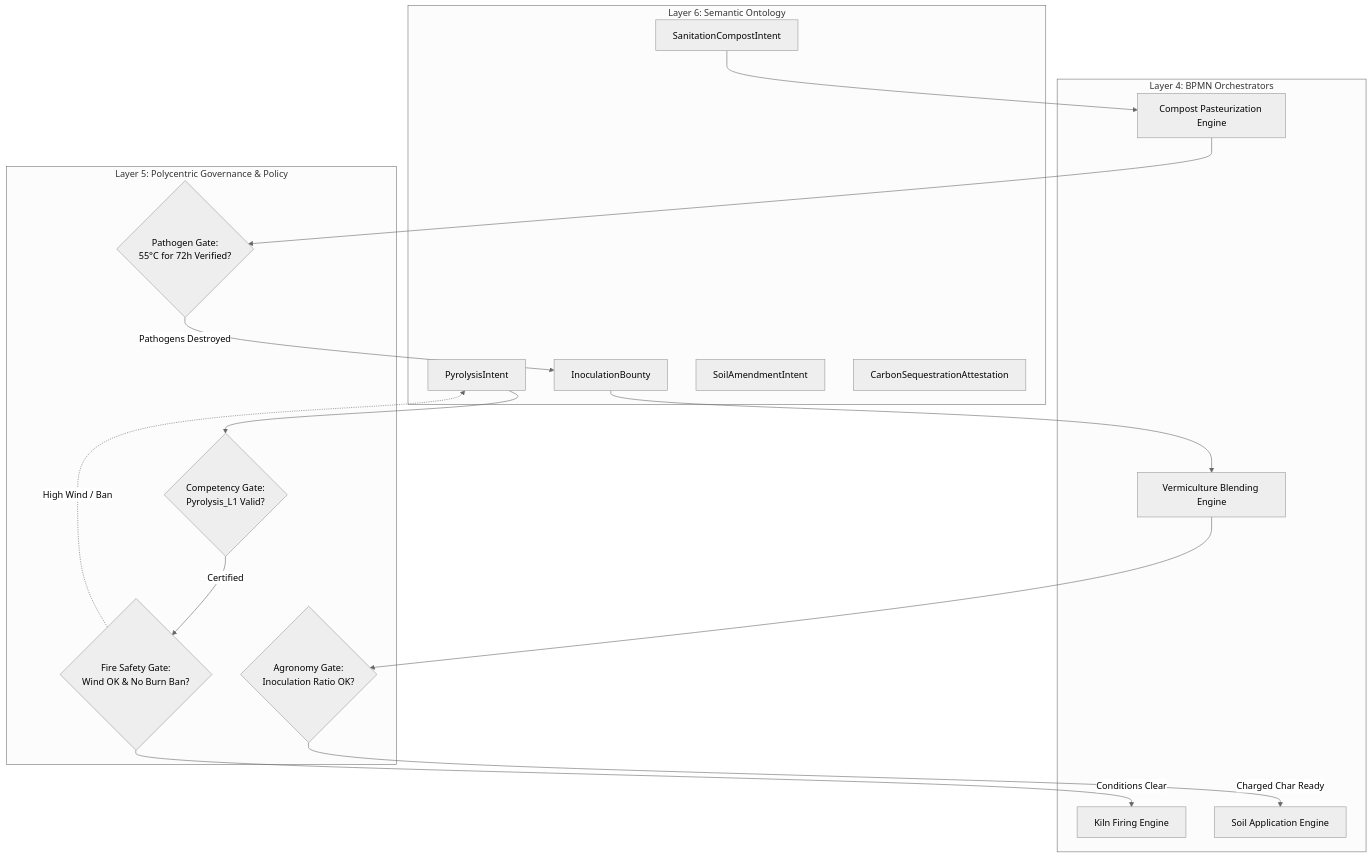
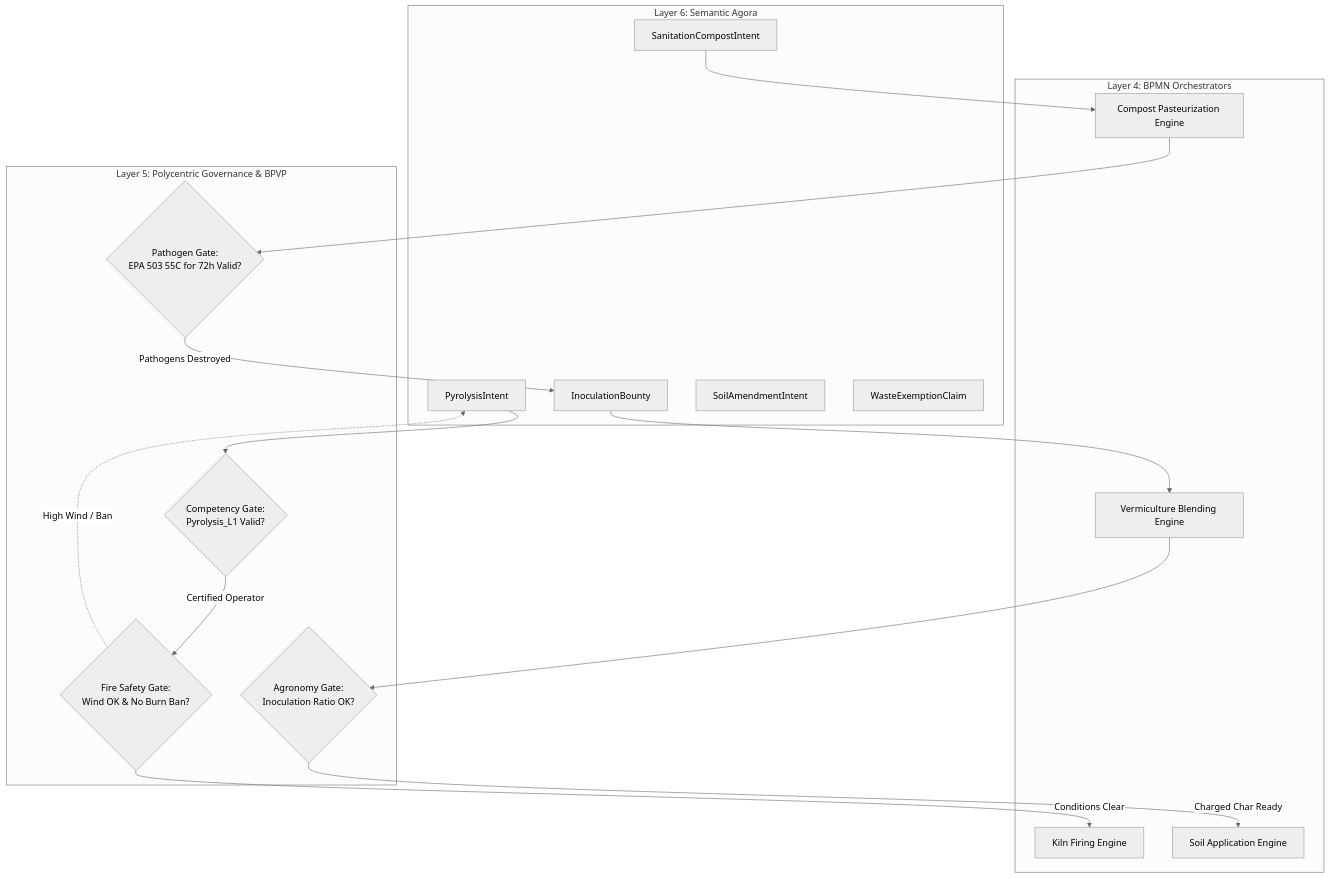
The third of 4 diagrams in docs/scenarios/mu_extraction.md (raffaine/collective), drawn with Mermaid (neutral theme) before and after one commit. The commit also changed other lines of this file and 23 other files, not shown here.

````diff
--- a/docs/scenarios/mu_extraction.md
+++ b/docs/scenarios/mu_extraction.md
@@ -111,38 +159,37 @@
 ```mermaid
 graph TD
-    subgraph Layer 6: Semantic Ontology
+    subgraph Layer 6: Semantic Agora
         L6_Pyro[PyrolysisIntent]
         L6_Sanit[SanitationCompostIntent]
         L6_Inoc[InoculationBounty]
         L6_Soil[SoilAmendmentIntent]
-        L6_Carbon[CarbonSequestrationAttestation]
+        L6_Exempt[WasteExemptionClaim]
     end
 
-    subgraph Layer 5: Polycentric Governance & Policy
+    subgraph Layer 5: Polycentric Governance & BPVP
         P_Fire{Fire Safety Gate: <br>Wind OK & No Burn Ban?}
-        P_Pathogen{Pathogen Gate: <br>55°C for 72h Verified?}
-        P_Cred{Competency Gate: <br>Pyrolysis_L1 Valid?}
+        P_Pathogen{Pathogen Gate: <br>EPA 503 55C for 72h Valid?}
+        P_Skill{Competency Gate: <br>Pyrolysis_L1 Valid?}
         P_Soil{Agronomy Gate: <br>Inoculation Ratio OK?}
     end
 
     subgraph Layer 4: BPMN Orchestrators
         BPMN_Kiln[Kiln Firing Engine]
         BPMN_Pasteur[Compost Pasteurization Engine]
         BPMN_Inoc[Vermiculture Blending Engine]
         BPMN_Field[Soil Application Engine]
     end
 
-    %% Routing
-    L6_Pyro --> P_Cred
-    P_Cred -->|Certified| P_Fire
+    L6_Pyro --> P_Skill
+    P_Skill -->|Certified Operator| P_Fire
     P_Fire -->|Conditions Clear| BPMN_Kiln
     P_Fire -.->|High Wind / Ban| L6_Pyro
 
     L6_Sanit --> BPMN_Pasteur
     BPMN_Pasteur --> P_Pathogen
     P_Pathogen -->|Pathogens Destroyed| L6_Inoc
 
     L6_Inoc --> BPMN_Inoc
     BPMN_Inoc --> P_Soil
     P_Soil -->|Charged Char Ready| BPMN_Field
 ```
````
